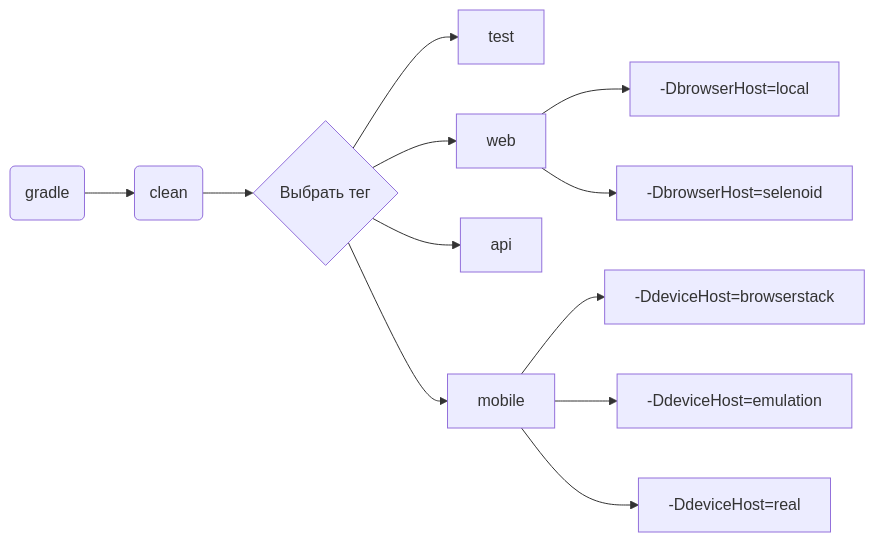
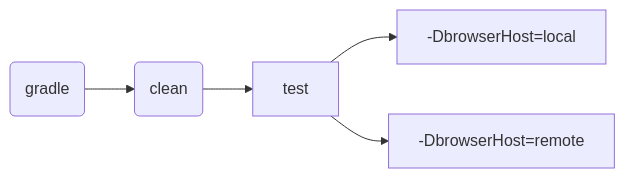
The diagram in README.md (DimaKarpuk/TwentyOneVek), drawn with Mermaid before and after one commit. The commit also changed other lines of this file and 17 other files, not shown here.

````diff
--- a/README.md
+++ b/README.md
@@ -92,14 +69,7 @@
 ```mermaid 
 flowchart LR
     A(gradle) --> B(clean)
-    B --> C{Выбрать тег}
-    C --> D[test]
-    C --> E[web]
-    C --> F[api]
-    C --> G[mobile]
-    E --> H[-DbrowserHost=local]
-    E --> I[-DbrowserHost=selenoid]
-    G --> J[-DdeviceHost=browserstack]
-    G --> K[-DdeviceHost=emulation]
-    G --> L[-DdeviceHost=real]
+    B --> C[test]
+    C --> D[-DbrowserHost=local]
+    C --> E[-DbrowserHost=remote]
 ```
````
